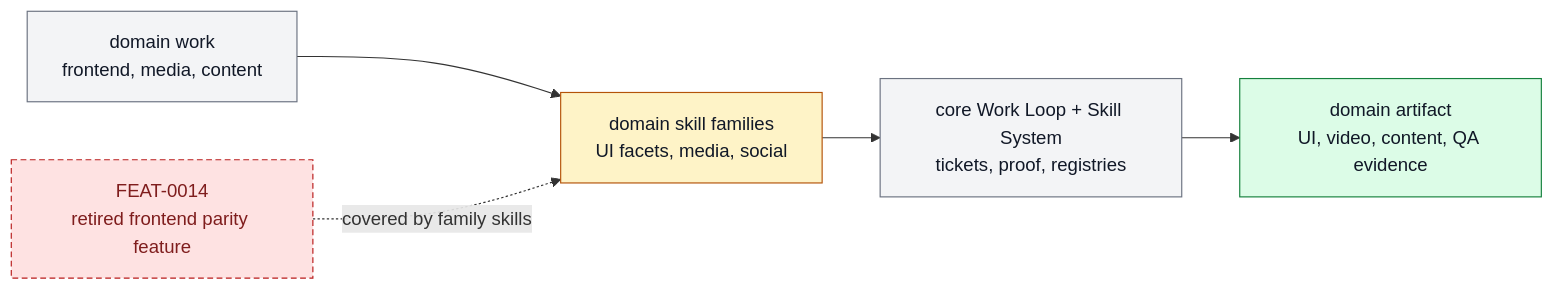
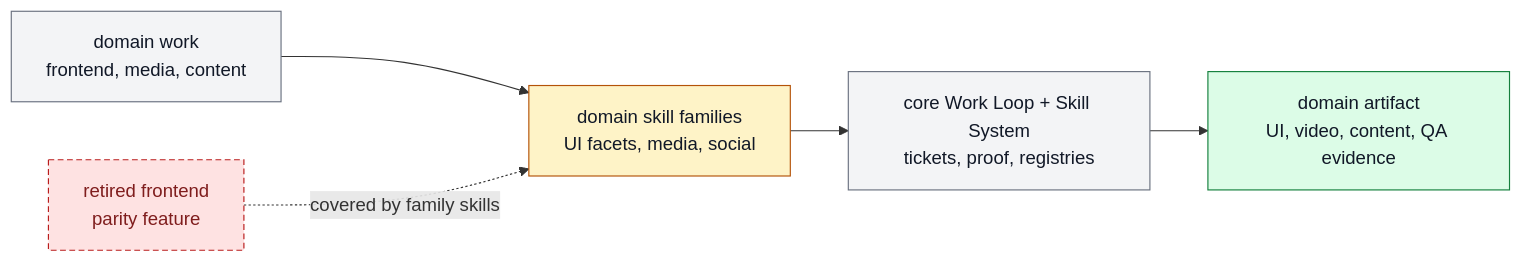
The diagram in docs/systems/domain-skill-families.md (ZanarkandTechnologies/Farplane), drawn with Mermaid before and after one commit. The commit also changed other lines of this file and 63 other files, not shown here.

````diff
--- a/docs/systems/domain-skill-families.md
+++ b/docs/systems/domain-skill-families.md
@@ -84,16 +84,16 @@
 ```mermaid
 flowchart LR
   classDef keep fill:#f3f4f6,stroke:#6b7280,color:#111827
   classDef changed fill:#fef3c7,stroke:#b45309,color:#111827
   classDef added fill:#dcfce7,stroke:#15803d,color:#111827
   classDef retired fill:#fee2e2,stroke:#b91c1c,color:#7f1d1d,stroke-dasharray: 5 3
 
   request["domain work<br/>frontend, media, content"]:::keep
   families["domain skill families<br/>UI facets, media, social"]:::changed
-  retired["FEAT-0014<br/>retired frontend parity feature"]:::retired
+  retired["retired frontend<br/>parity feature"]:::retired
   core["core Work Loop + Skill System<br/>tickets, proof, registries"]:::keep
   artifact["domain artifact<br/>UI, video, content, QA evidence"]:::added
 
   request --> families --> core --> artifact
   retired -. "covered by family skills" .-> families
 ```
````
